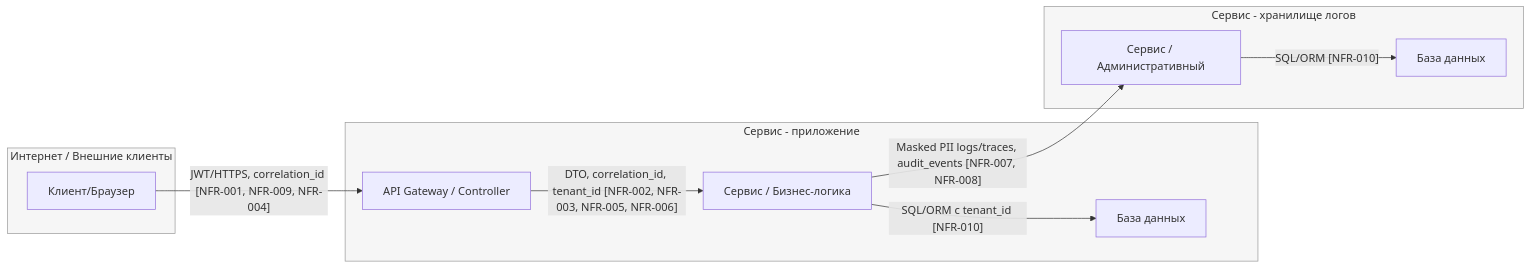
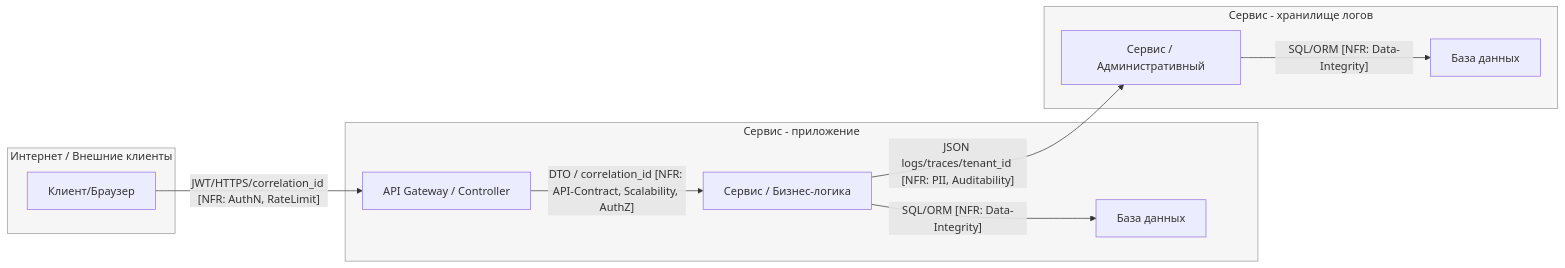
Before and after one commit to daniilmikulik/secdev-lite-daniilmikulik: the diagram in SEMINARS/S04_dfd_template.md, drawn with Mermaid. The commit also changed 1 other file, not shown here.

Commit message:
fix: dfd and stride matix

````diff
--- a/SEMINARS/S04_dfd_template.md
+++ b/SEMINARS/S04_dfd_template.md
@@ -25,32 +25,33 @@
 ```mermaid
 flowchart LR
   %% --- Trust boundaries (по контурам) ---
   subgraph Internet[Интернет / Внешние клиенты]
     USER_AGENT[Клиент/Браузер]
   end
 
   subgraph Service[Сервис - приложение]
     Wishlist_GW[API Gateway / Controller]
     Wishlist_Service[Сервис / Бизнес-логика]
     PostgreSQL[База данных]
   end
 
   subgraph Logs_Storage[Сервис - хранилище логов]
     Logs_Service[Сервис / Административный]
     Logs_PostgreSQL[База данных]
   end
 
-  %% --- Основные потоки с привязкой к NFR ---
-  USER_AGENT -- "JWT/HTTPS, correlation_id [NFR-001, NFR-009, NFR-004]" --> Wishlist_GW
-  Wishlist_GW -- "DTO, correlation_id, tenant_id [NFR-002, NFR-003, NFR-005, NFR-006]" --> Wishlist_Service
-  Wishlist_Service -- "SQL/ORM с tenant_id [NFR-010]" --> PostgreSQL
-  Wishlist_Service -- "Masked PII logs/traces, audit_events [NFR-007, NFR-008]" --> Logs_Service
-  Logs_Service -- "SQL/ORM [NFR-010]" --> Logs_PostgreSQL
+  %% --- Основные потоки ---
+  USER_AGENT -- "JWT/HTTPS/correlation_id [NFR: AuthN, RateLimit]" --> Wishlist_GW
+  Wishlist_GW -->|"DTO / correlation_id [NFR: API-Contract, Scalability, AuthZ]" | Wishlist_Service
+  Wishlist_Service -->|"SQL/ORM [NFR: Data-Integrity]"| PostgreSQL
+  Wishlist_Service -->|"JSON logs/traces/tenant_id [NFR: PII, Auditability]"| Logs_Service
+  Logs_Service -->|"SQL/ORM [NFR: Data-Integrity]"|Logs_PostgreSQL
+
 
   %% --- Оформление границ ---
   classDef boundary fill:#f6f6f6,stroke:#999,stroke-width:1px;
-  class Internet,Service,Logs_Storage boundary;
+  class Internet,Service,External,Logs_Storage boundary;
 
   %% --- Стиль для опциональных элементов (если включите) ---
   classDef opt fill:#fafafa,stroke:#bbb,stroke-dasharray: 3 2;
 ```
````
